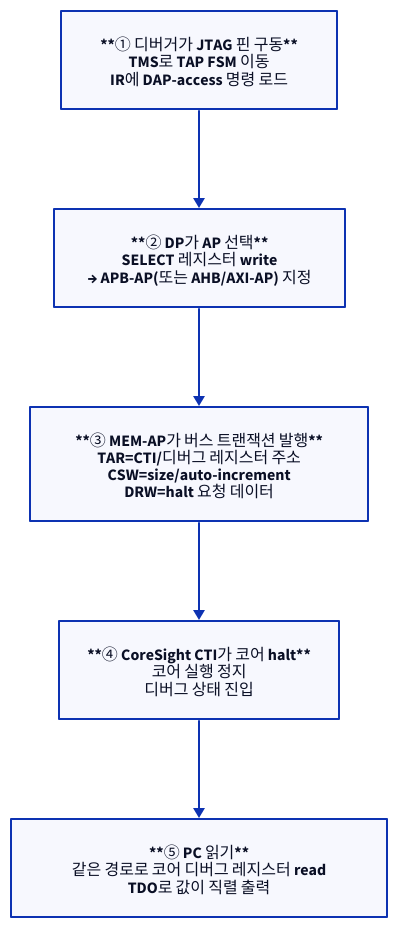
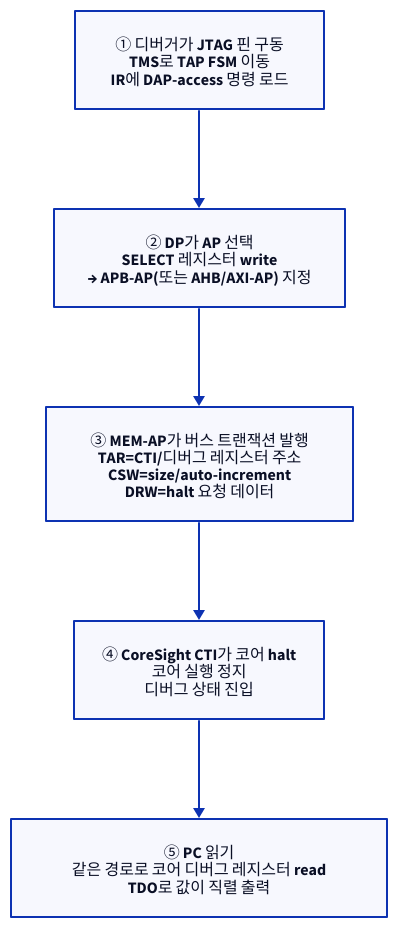
The second of 3 diagrams in starlight_site/src/content/docs/dfd/01_why_dfd.md (humbleowl39/DV_SKOOL), drawn with D2 before and after one commit. The commit also changed other lines of this file and 714 other files, not shown here.

First line of the commit message:
fix(site): d2 다이어그램 가독성 결함 6종 일괄 수정

````diff
--- a/starlight_site/src/content/docs/dfd/01_why_dfd.md
+++ b/starlight_site/src/content/docs/dfd/01_why_dfd.md
@@ -84,10 +84,10 @@
 ```d2
 direction: down
 
-S1: "**① 디버거가 JTAG 핀 구동**\nTMS로 TAP FSM 이동\nIR에 DAP-access 명령 로드"
-S2: "**② DP가 AP 선택**\nSELECT 레지스터 write\n→ APB-AP(또는 AHB/AXI-AP) 지정"
-S3: "**③ MEM-AP가 버스 트랜잭션 발행**\nTAR=CTI/디버그 레지스터 주소\nCSW=size/auto-increment\nDRW=halt 요청 데이터"
-S4: "**④ CoreSight CTI가 코어 halt**\n코어 실행 정지\n디버그 상태 진입"
-S5: "**⑤ PC 읽기**\n같은 경로로 코어 디버그 레지스터 read\nTDO로 값이 직렬 출력"
+S1: "① 디버거가 JTAG 핀 구동\nTMS로 TAP FSM 이동\nIR에 DAP-access 명령 로드"
+S2: "② DP가 AP 선택\nSELECT 레지스터 write\n→ APB-AP(또는 AHB/AXI-AP) 지정"
+S3: "③ MEM-AP가 버스 트랜잭션 발행\nTAR=CTI/디버그 레지스터 주소\nCSW=size/auto-increment\nDRW=halt 요청 데이터"
+S4: "④ CoreSight CTI가 코어 halt\n코어 실행 정지\n디버그 상태 진입"
+S5: "⑤ PC 읽기\n같은 경로로 코어 디버그 레지스터 read\nTDO로 값이 직렬 출력"
 S1 -> S2 -> S3 -> S4 -> S5
 ```
````
